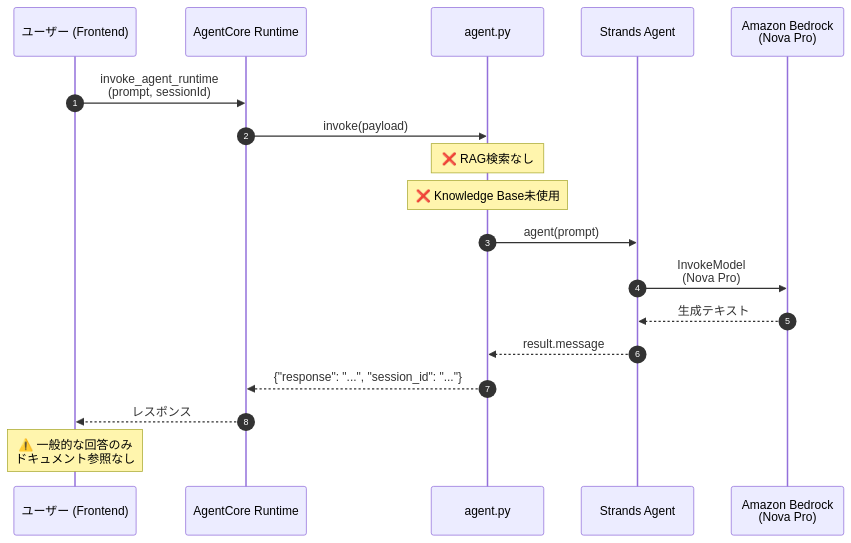
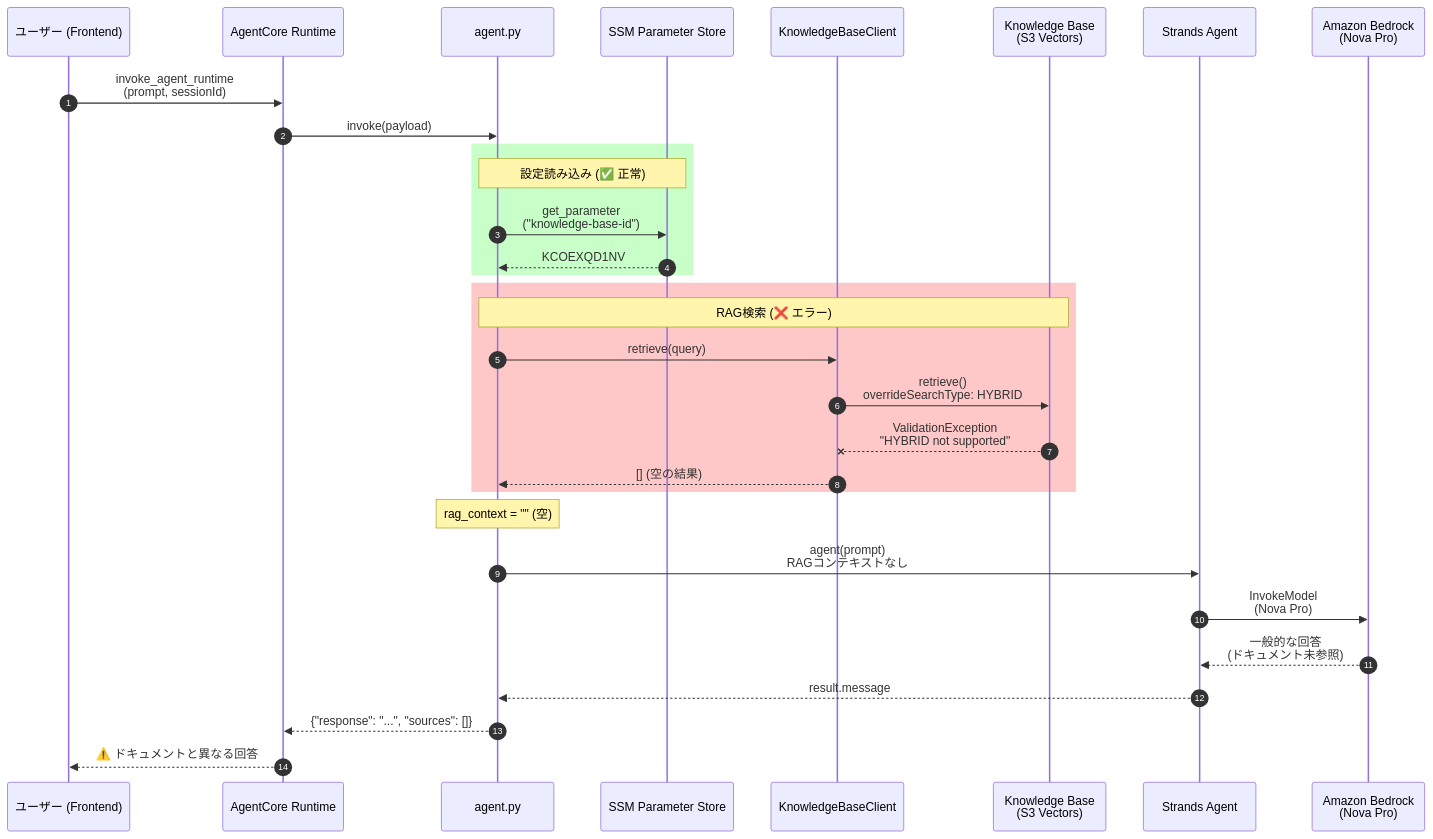
Before and after one commit to aezisai-inc/ai-agent-core-microservice-prot: the first of 4 diagrams in docs/architecture/rag-implementation-analysis.md, drawn with Mermaid. The commit also changed other lines of this file, not shown here.

Commit message:
docs: update RAG implementation analysis with bug details and fix

````diff
--- a/docs/architecture/rag-implementation-analysis.md
+++ b/docs/architecture/rag-implementation-analysis.md
@@ -22,24 +38,38 @@
 ```mermaid
 sequenceDiagram
     autonumber
     participant User as ユーザー (Frontend)
     participant AgentCore as AgentCore Runtime
     participant Agent as agent.py
+    participant SSM as SSM Parameter Store
+    participant KBClient as KnowledgeBaseClient
+    participant KB as Knowledge Base<br/>(S3 Vectors)
     participant Strands as Strands Agent
     participant Bedrock as Amazon Bedrock<br/>(Nova Pro)
     
     User->>AgentCore: invoke_agent_runtime<br/>(prompt, sessionId)
     AgentCore->>Agent: invoke(payload)
     
-    Note over Agent: ❌ RAG検索なし
-    Note over Agent: ❌ Knowledge Base未使用
+    rect rgb(200, 255, 200)
+        Note over Agent,SSM: 設定読み込み (✅ 正常)
+        Agent->>SSM: get_parameter<br/>("knowledge-base-id")
+        SSM-->>Agent: KCOEXQD1NV
+    end
     
-    Agent->>Strands: agent(prompt)
+    rect rgb(255, 200, 200)
+        Note over Agent,KB: RAG検索 (❌ エラー)
+        Agent->>KBClient: retrieve(query)
+        KBClient->>KB: retrieve()<br/>overrideSearchType: HYBRID
+        KB--xKBClient: ValidationException<br/>"HYBRID not supported"
+        KBClient-->>Agent: [] (空の結果)
+    end
+    
+    Note over Agent: rag_context = "" (空)
+    
+    Agent->>Strands: agent(prompt)<br/>RAGコンテキストなし
     Strands->>Bedrock: InvokeModel<br/>(Nova Pro)
-    Bedrock-->>Strands: 生成テキスト
+    Bedrock-->>Strands: 一般的な回答<br/>(ドキュメント未参照)
     Strands-->>Agent: result.message
-    Agent-->>AgentCore: {"response": "...", "session_id": "..."}
-    AgentCore-->>User: レスポンス
-    
-    Note over User: ⚠️ 一般的な回答のみ<br/>ドキュメント参照なし
+    Agent-->>AgentCore: {"response": "...", "sources": []}
+    AgentCore-->>User: ⚠️ ドキュメントと異なる回答
 ```
````
